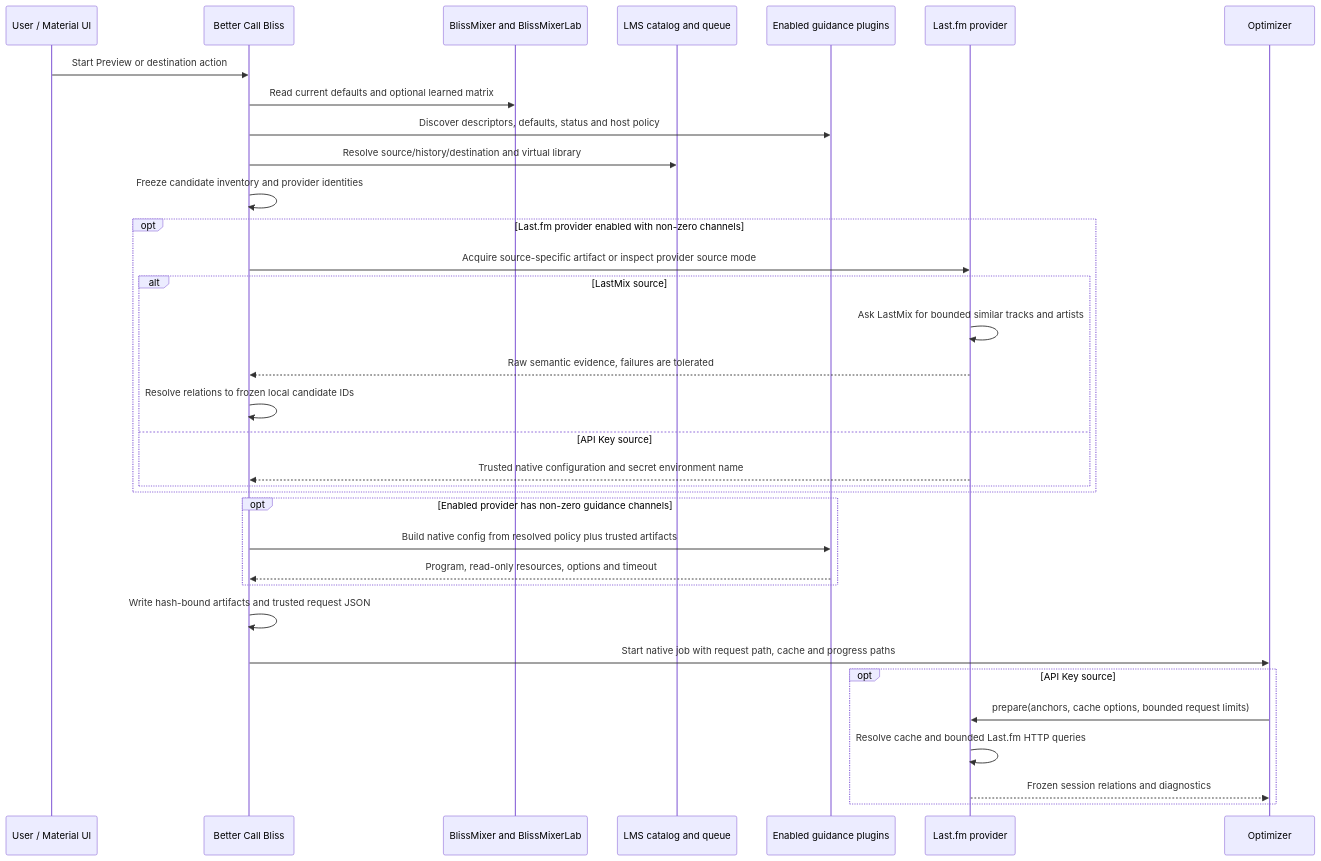
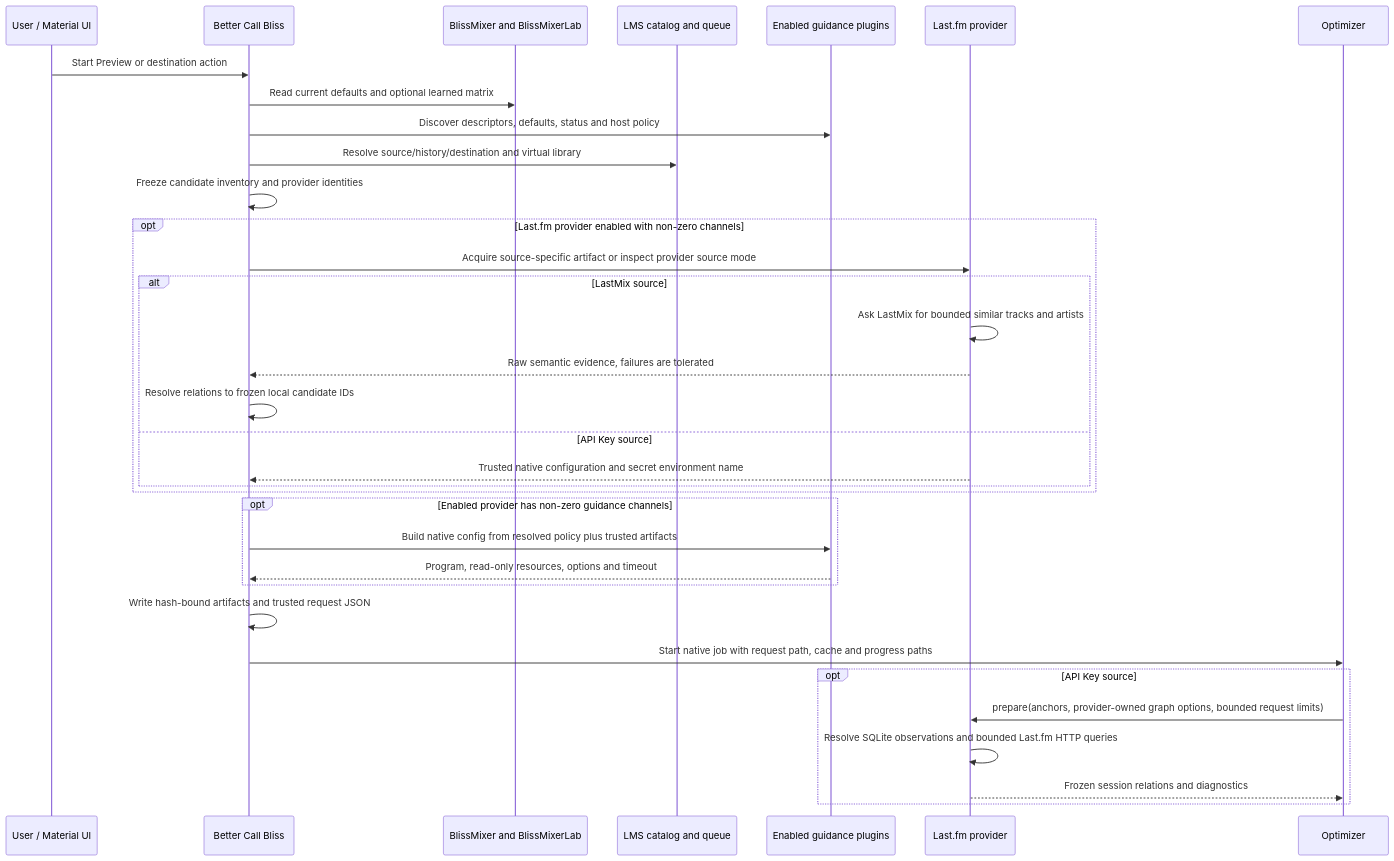
One commit to chrober/lms-better-call-bliss changed the second of 6 diagrams in docs/GUIDANCE_DATA_FLOW.md. Above: the diagram before and after it, drawn with Mermaid. The commit also changed other lines of this file and 1 other file, not shown here.

Commit message:
docs: track provider-owned Last.fm offline graph

````diff
--- a/docs/GUIDANCE_DATA_FLOW.md
+++ b/docs/GUIDANCE_DATA_FLOW.md
@@ -103,37 +104,37 @@
 ```mermaid
 sequenceDiagram
     participant UI as User / Material UI
     participant B as Better Call Bliss
     participant M as BlissMixer and BlissMixerLab
     participant L as LMS catalog and queue
     participant G as Enabled guidance plugins
     participant X as Last.fm provider
     participant O as Optimizer
 
     UI->>B: Start Preview or destination action
     B->>M: Read current defaults and optional learned matrix
     B->>G: Discover descriptors, defaults, status and host policy
     B->>L: Resolve source/history/destination and virtual library
     B->>B: Freeze candidate inventory and provider identities
     opt Last.fm provider enabled with non-zero channels
         B->>X: Acquire source-specific artifact or inspect provider source mode
         alt LastMix source
             X->>X: Ask LastMix for bounded similar tracks and artists
             X-->>B: Raw semantic evidence, failures are tolerated
             B->>B: Resolve relations to frozen local candidate IDs
         else API Key source
             X-->>B: Trusted native configuration and secret environment name
         end
     end
     opt Enabled provider has non-zero guidance channels
         B->>G: Build native config from resolved policy plus trusted artifacts
         G-->>B: Program, read-only resources, options and timeout
     end
     B->>B: Write hash-bound artifacts and trusted request JSON
     B->>O: Start native job with request path, cache and progress paths
     opt API Key source
-        O->>X: prepare(anchors, cache options, bounded request limits)
-        X->>X: Resolve cache and bounded Last.fm HTTP queries
+        O->>X: prepare(anchors, provider-owned graph options, bounded request limits)
+        X->>X: Resolve SQLite observations and bounded Last.fm HTTP queries
         X-->>O: Frozen session relations and diagnostics
     end
 ```
````
